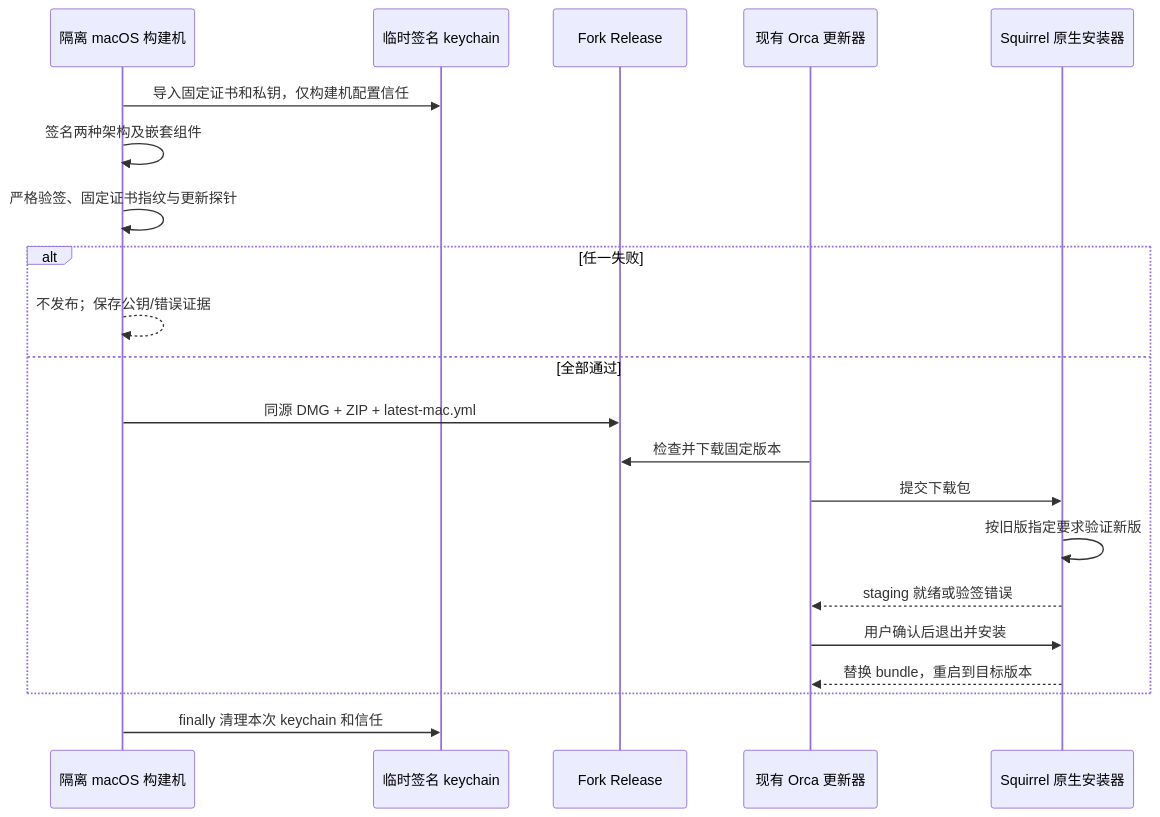
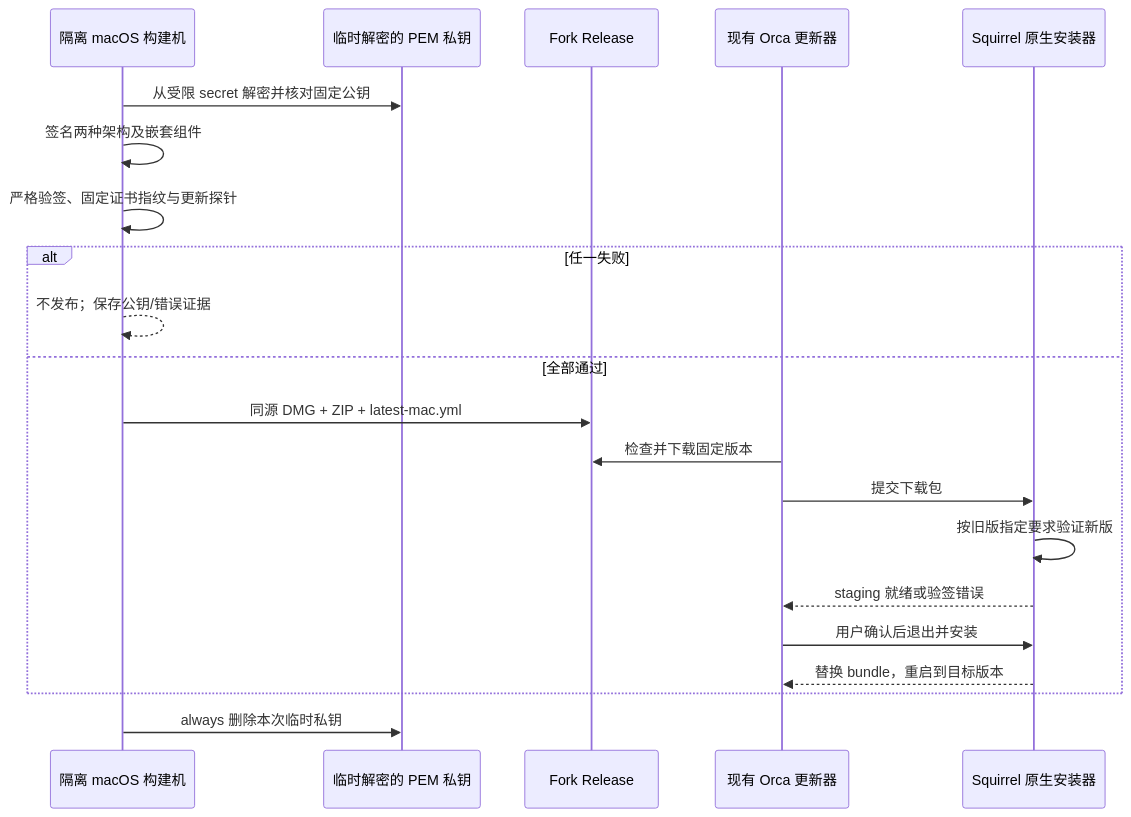
One commit to Fartown/orca changed the first of 2 diagrams in docs/issue/集成分支自动出包/solutions/macOS自动更新签名修复方案.md. Above: the diagram before and after it, drawn with Mermaid. The commit also changed other lines of this file and 10 other files, not shown here.

````diff
--- a/docs/issue/集成分支自动出包/solutions/macOS自动更新签名修复方案.md
+++ b/docs/issue/集成分支自动出包/solutions/macOS自动更新签名修复方案.md
@@ -51,23 +51,23 @@
 ```mermaid
 sequenceDiagram
   participant CI as 隔离 macOS 构建机
-  participant K as 临时签名 keychain
+  participant K as 临时解密的 PEM 私钥
   participant GH as Fork Release
   participant U as 现有 Orca 更新器
   participant S as Squirrel 原生安装器
-  CI->>K: 导入固定证书和私钥，仅构建机配置信任
+  CI->>K: 从受限 secret 解密并核对固定公钥
   CI->>CI: 签名两种架构及嵌套组件
   CI->>CI: 严格验签、固定证书指纹与更新探针
   alt 任一失败
     CI-->>CI: 不发布；保存公钥/错误证据
   else 全部通过
     CI->>GH: 同源 DMG + ZIP + latest-mac.yml
     U->>GH: 检查并下载固定版本
     U->>S: 提交下载包
     S->>S: 按旧版指定要求验证新版
     S-->>U: staging 就绪或验签错误
     U->>S: 用户确认后退出并安装
     S-->>U: 替换 bundle，重启到目标版本
   end
-  CI->>K: finally 清理本次 keychain 和信任
+  CI->>K: always 删除本次临时私钥
 ```
````
